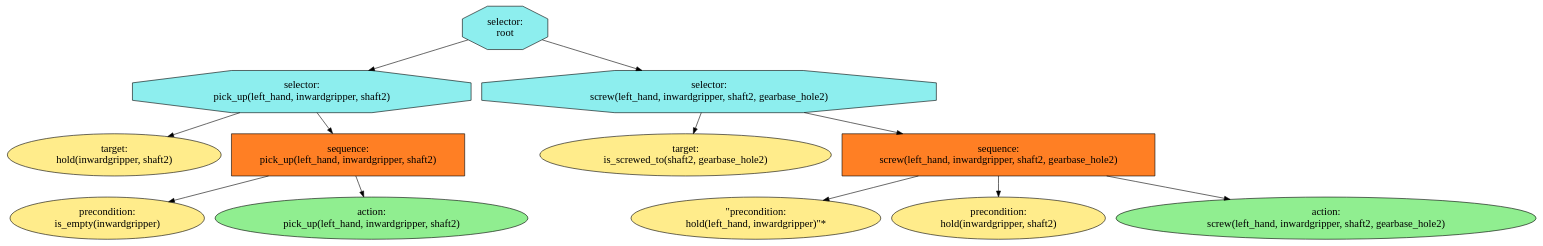
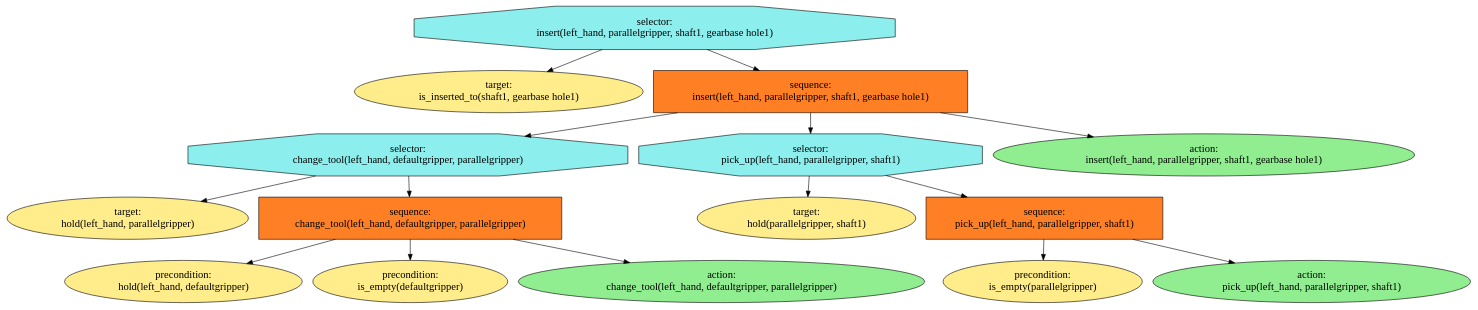
The diagram in kios_bt_planning/kios_utils/visualisation.dot (ProNeverFake/kios), drawn with Graphviz before and after one commit. The commit also changed 9 other files, not shown here.

```diff
--- a/kios_bt_planning/kios_utils/visualisation.dot
+++ b/kios_bt_planning/kios_utils/visualisation.dot
@@ -1,72 +1,93 @@
 digraph pastafarianism {
 ordering=out;
 graph [fontname="times-roman"];
 node [fontname="times-roman"];
 edge [fontname="times-roman"];
 "selector:
- root" [fillcolor=darkslategray2, fontcolor=black, fontsize=18, label="selector:
- root", shape=octagon, style=filled];
+ insert(left_hand, parallelgripper, shaft1, gearbase hole1)" [fillcolor=darkslategray2, fontcolor=black, fontsize=18, label="selector:
+ insert(left_hand, parallelgripper, shaft1, gearbase hole1)", shape=octagon, style=filled];
+"target:
+ is_inserted_to(shaft1, gearbase hole1)" [fillcolor=lightgoldenrod1, fontcolor=black, fontsize=18, height=1.0, label="target:
+ is_inserted_to(shaft1, gearbase hole1)", shape=ellipse, style=filled];
 "selector:
- pick_up(left_hand, inwardgripper, shaft2)" [fillcolor=darkslategray2, fontcolor=black, fontsize=18, height=1.0, label="selector:
- pick_up(left_hand, inwardgripper, shaft2)", shape=octagon, style=filled];
+ insert(left_hand, parallelgripper, shaft1, gearbase hole1)" -> "target:
+ is_inserted_to(shaft1, gearbase hole1)";
+"sequence:
+ insert(left_hand, parallelgripper, shaft1, gearbase hole1)" [fillcolor=chocolate1, fontcolor=black, fontsize=18, height=1.0, label="sequence:
+ insert(left_hand, parallelgripper, shaft1, gearbase hole1)", shape=box, style=filled];
 "selector:
- root" -> "selector:
- pick_up(left_hand, inwardgripper, shaft2)";
+ insert(left_hand, parallelgripper, shaft1, gearbase hole1)" -> "sequence:
+ insert(left_hand, parallelgripper, shaft1, gearbase hole1)";
+"selector:
+ change_tool(left_hand, defaultgripper, parallelgripper)" [fillcolor=darkslategray2, fontcolor=black, fontsize=18, height=1.0, label="selector:
+ change_tool(left_hand, defaultgripper, parallelgripper)", shape=octagon, style=filled];
+"sequence:
+ insert(left_hand, parallelgripper, shaft1, gearbase hole1)" -> "selector:
+ change_tool(left_hand, defaultgripper, parallelgripper)";
 "target:
- hold(inwardgripper, shaft2)" [fillcolor=lightgoldenrod1, fontcolor=black, fontsize=18, height=1.0, label="target:
- hold(inwardgripper, shaft2)", shape=ellipse, style=filled];
+ hold(left_hand, parallelgripper)" [fillcolor=lightgoldenrod1, fontcolor=black, fontsize=18, height=1.0, label="target:
+ hold(left_hand, parallelgripper)", shape=ellipse, style=filled];
 "selector:
- pick_up(left_hand, inwardgripper, shaft2)" -> "target:
- hold(inwardgripper, shaft2)";
+ change_tool(left_hand, defaultgripper, parallelgripper)" -> "target:
+ hold(left_hand, parallelgripper)";
 "sequence:
- pick_up(left_hand, inwardgripper, shaft2)" [fillcolor=chocolate1, fontcolor=black, fontsize=18, height=1.0, label="sequence:
- pick_up(left_hand, inwardgripper, shaft2)", shape=box, style=filled];
+ change_tool(left_hand, defaultgripper, parallelgripper)" [fillcolor=chocolate1, fontcolor=black, fontsize=18, height=1.0, label="sequence:
+ change_tool(left_hand, defaultgripper, parallelgripper)", shape=box, style=filled];
 "selector:
- pick_up(left_hand, inwardgripper, shaft2)" -> "sequence:
- pick_up(left_hand, inwardgripper, shaft2)";
+ change_tool(left_hand, defaultgripper, parallelgripper)" -> "sequence:
+ change_tool(left_hand, defaultgripper, parallelgripper)";
 "precondition:
- is_empty(inwardgripper)" [fillcolor=lightgoldenrod1, fontcolor=black, fontsize=18, height=1.0, label="precondition:
- is_empty(inwardgripper)", shape=ellipse, style=filled];
+ hold(left_hand, defaultgripper)" [fillcolor=lightgoldenrod1, fontcolor=black, fontsize=18, height=1.0, label="precondition:
+ hold(left_hand, defaultgripper)", shape=ellipse, style=filled];
 "sequence:
- pick_up(left_hand, inwardgripper, shaft2)" -> "precondition:
- is_empty(inwardgripper)";
+ change_tool(left_hand, defaultgripper, parallelgripper)" -> "precondition:
+ hold(left_hand, defaultgripper)";
+"precondition:
+ is_empty(defaultgripper)" [fillcolor=lightgoldenrod1, fontcolor=black, fontsize=18, height=1.0, label="precondition:
+ is_empty(defaultgripper)", shape=ellipse, style=filled];
+"sequence:
+ change_tool(left_hand, defaultgripper, parallelgripper)" -> "precondition:
+ is_empty(defaultgripper)";
 "action:
- pick_up(left_hand, inwardgripper, shaft2)" [fillcolor=lightgreen, fontcolor=black, fontsize=18, height=1.0, label="action:
- pick_up(left_hand, inwardgripper, shaft2)", shape=ellipse, style=filled];
+ change_tool(left_hand, defaultgripper, parallelgripper)" [fillcolor=lightgreen, fontcolor=black, fontsize=18, height=1.0, label="action:
+ change_tool(left_hand, defaultgripper, parallelgripper)", shape=ellipse, style=filled];
 "sequence:
- pick_up(left_hand, inwardgripper, shaft2)" -> "action:
- pick_up(left_hand, inwardgripper, shaft2)";
+ change_tool(left_hand, defaultgripper, parallelgripper)" -> "action:
+ change_tool(left_hand, defaultgripper, parallelgripper)";
 "selector:
- screw(left_hand, inwardgripper, shaft2, gearbase_hole2)" [fillcolor=darkslategray2, fontcolor=black, fontsize=18, height=1.0, label="selector:
- screw(left_hand, inwardgripper, shaft2, gearbase_hole2)", shape=octagon, style=filled];
+ pick_up(left_hand, parallelgripper, shaft1)" [fillcolor=darkslategray2, fontcolor=black, fontsize=18, height=1.0, label="selector:
+ pick_up(left_hand, parallelgripper, shaft1)", shape=octagon, style=filled];
+"sequence:
+ insert(left_hand, parallelgripper, shaft1, gearbase hole1)" -> "selector:
+ pick_up(left_hand, parallelgripper, shaft1)";
+"target:
+ hold(parallelgripper, shaft1)" [fillcolor=lightgoldenrod1, fontcolor=black, fontsize=18, height=1.0, label="target:
+ hold(parallelgripper, shaft1)", shape=ellipse, style=filled];
 "selector:
- root" -> "selector:
- screw(left_hand, inwardgripper, shaft2, gearbase_hole2)";
-"target:
- is_screwed_to(shaft2, gearbase_hole2)" [fillcolor=lightgoldenrod1, fontcolor=black, fontsize=18, height=1.0, label="target:
- is_screwed_to(shaft2, gearbase_hole2)", shape=ellipse, style=filled];
+ pick_up(left_hand, parallelgripper, shaft1)" -> "target:
+ hold(parallelgripper, shaft1)";
+"sequence:
+ pick_up(left_hand, parallelgripper, shaft1)" [fillcolor=chocolate1, fontcolor=black, fontsize=18, height=1.0, label="sequence:
+ pick_up(left_hand, parallelgripper, shaft1)", shape=box, style=filled];
 "selector:
- screw(left_hand, inwardgripper, shaft2, gearbase_hole2)" -> "target:
- is_screwed_to(shaft2, gearbase_hole2)";
+ pick_up(left_hand, parallelgripper, shaft1)" -> "sequence:
+ pick_up(left_hand, parallelgripper, shaft1)";
+"precondition:
+ is_empty(parallelgripper)" [fillcolor=lightgoldenrod1, fontcolor=black, fontsize=18, height=1.0, label="precondition:
+ is_empty(parallelgripper)", shape=ellipse, style=filled];
 "sequence:
- screw(left_hand, inwardgripper, shaft2, gearbase_hole2)" [fillcolor=chocolate1, fontcolor=black, fontsize=18, height=1.0, label="sequence:
- screw(left_hand, inwardgripper, shaft2, gearbase_hole2)", shape=box, style=filled];
-"selector:
- screw(left_hand, inwardgripper, shaft2, gearbase_hole2)" -> "sequence:
- screw(left_hand, inwardgripper, shaft2, gearbase_hole2)";
-"\"precondition:\n hold(left_hand, inwardgripper)\"*" [fillcolor=lightgoldenrod1, fontcolor=black, fontsize=18, height=1.0, label="\"precondition:\n hold(left_hand, inwardgripper)\"*", shape=ellipse, style=filled];
+ pick_up(left_hand, parallelgripper, shaft1)" -> "precondition:
+ is_empty(parallelgripper)";
+"action:
+ pick_up(left_hand, parallelgripper, shaft1)" [fillcolor=lightgreen, fontcolor=black, fontsize=18, height=1.0, label="action:
+ pick_up(left_hand, parallelgripper, shaft1)", shape=ellipse, style=filled];
 "sequence:
- screw(left_hand, inwardgripper, shaft2, gearbase_hole2)" -> "\"precondition:\n hold(left_hand, inwardgripper)\"*";
-"precondition:
- hold(inwardgripper, shaft2)" [fillcolor=lightgoldenrod1, fontcolor=black, fontsize=18, height=1.0, label="precondition:
- hold(inwardgripper, shaft2)", shape=ellipse, style=filled];
+ pick_up(left_hand, parallelgripper, shaft1)" -> "action:
+ pick_up(left_hand, parallelgripper, shaft1)";
+"action:
+ insert(left_hand, parallelgripper, shaft1, gearbase hole1)" [fillcolor=lightgreen, fontcolor=black, fontsize=18, height=1.0, label="action:
+ insert(left_hand, parallelgripper, shaft1, gearbase hole1)", shape=ellipse, style=filled];
 "sequence:
- screw(left_hand, inwardgripper, shaft2, gearbase_hole2)" -> "precondition:
- hold(inwardgripper, shaft2)";
-"action:
- screw(left_hand, inwardgripper, shaft2, gearbase_hole2)" [fillcolor=lightgreen, fontcolor=black, fontsize=18, height=1.0, label="action:
- screw(left_hand, inwardgripper, shaft2, gearbase_hole2)", shape=ellipse, style=filled];
-"sequence:
- screw(left_hand, inwardgripper, shaft2, gearbase_hole2)" -> "action:
- screw(left_hand, inwardgripper, shaft2, gearbase_hole2)";
+ insert(left_hand, parallelgripper, shaft1, gearbase hole1)" -> "action:
+ insert(left_hand, parallelgripper, shaft1, gearbase hole1)";
 }
```
